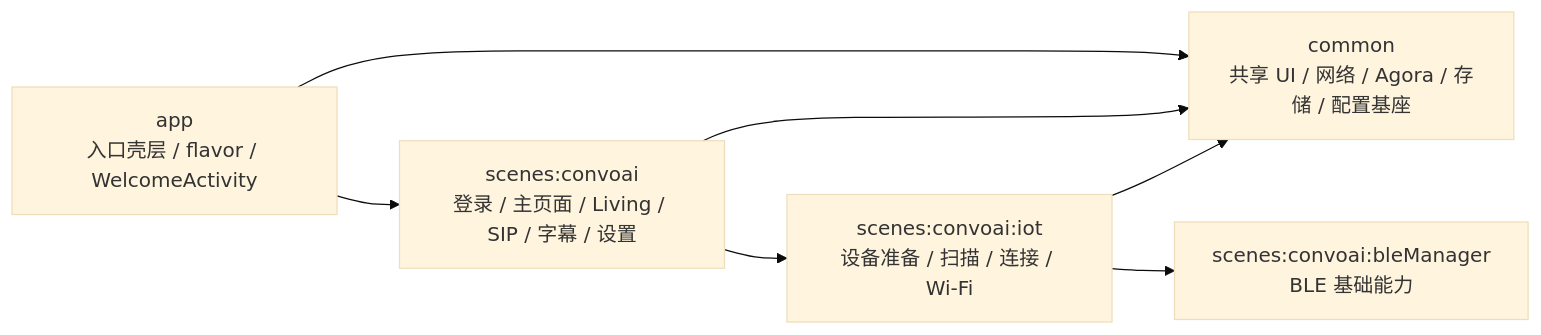
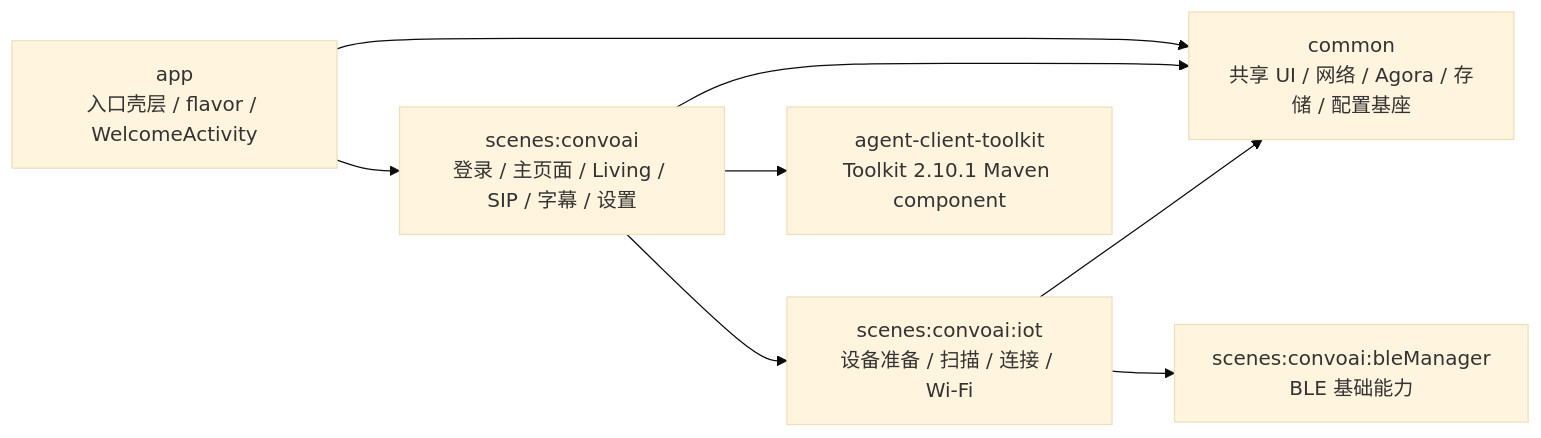
The first of 5 diagrams in Android/ARCHITECTURE.md (Shengwang-Community/Conversational-AI-Demo), drawn with Mermaid (base theme) before and after one commit. The commit also changed other lines of this file and 99 other files, not shown here.

````diff
--- a/Android/ARCHITECTURE.md
+++ b/Android/ARCHITECTURE.md
@@ -25,9 +25,10 @@
 ```mermaid
 flowchart LR
   app["app\n入口壳层 / flavor / WelcomeActivity"] --> common["common\n共享 UI / 网络 / Agora / 存储 / 配置基座"]
   app --> convo["scenes:convoai\n登录 / 主页面 / Living / SIP / 字幕 / 设置"]
   convo --> common
+  convo --> toolkit["agent-client-toolkit\nToolkit 2.10.1 Maven component"]
   convo --> iot["scenes:convoai:iot\n设备准备 / 扫描 / 连接 / Wi-Fi"]
   iot --> common
   iot --> ble["scenes:convoai:bleManager\nBLE 基础能力"]
 ```
````
